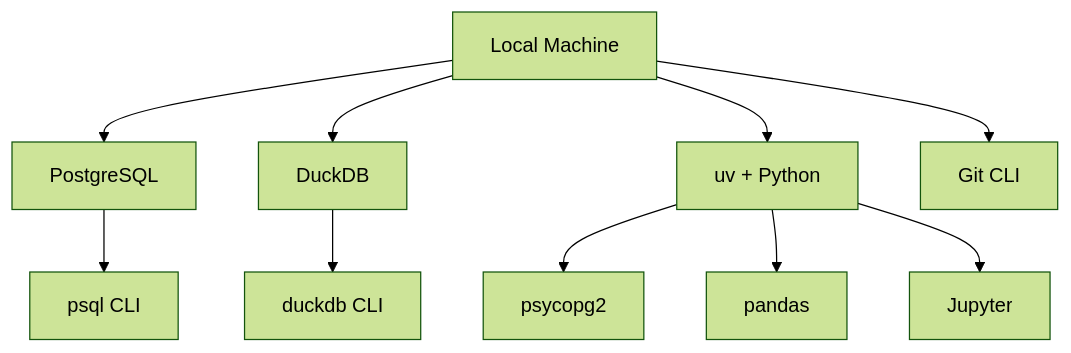
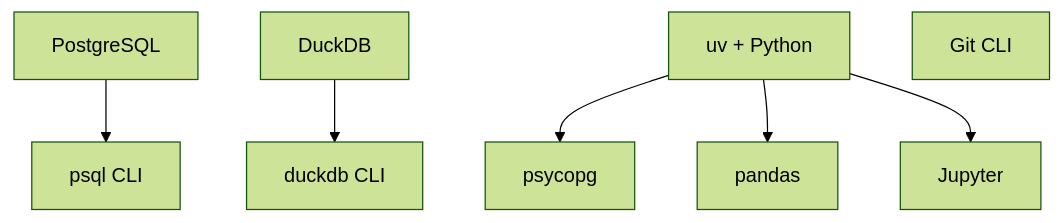
One commit to ufdatastudio/cop5725fa26 changed the fourth of 5 diagrams in lecture-outlines/day1-introduction/slides.md. Above: the diagram before and after it, drawn with Mermaid (forest theme). The commit also changed other lines of this file and 50 other files, not shown here.

````diff
--- a/lecture-outlines/day1-introduction/slides.md
+++ b/lecture-outlines/day1-introduction/slides.md
@@ -496,12 +502,9 @@
 ```mermaid
 graph TD
-  L["Local Machine"] --> P["PostgreSQL"]
-  L --> D["DuckDB"]
-  L --> U["uv + Python"]
-  L --> G["Git CLI"]
-  P --> PS["psql CLI"]
-  D --> DC["duckdb CLI"]
-  U --> PG["psycopg2"]
+  P["PostgreSQL"] --> PS["psql CLI"]
+  D["DuckDB"] --> DC["duckdb CLI"]
+  U["uv + Python"] --> PG["psycopg"]
   U --> PD["pandas"]
   U --> JN["Jupyter"]
+  G["Git CLI"]
 ```
````
